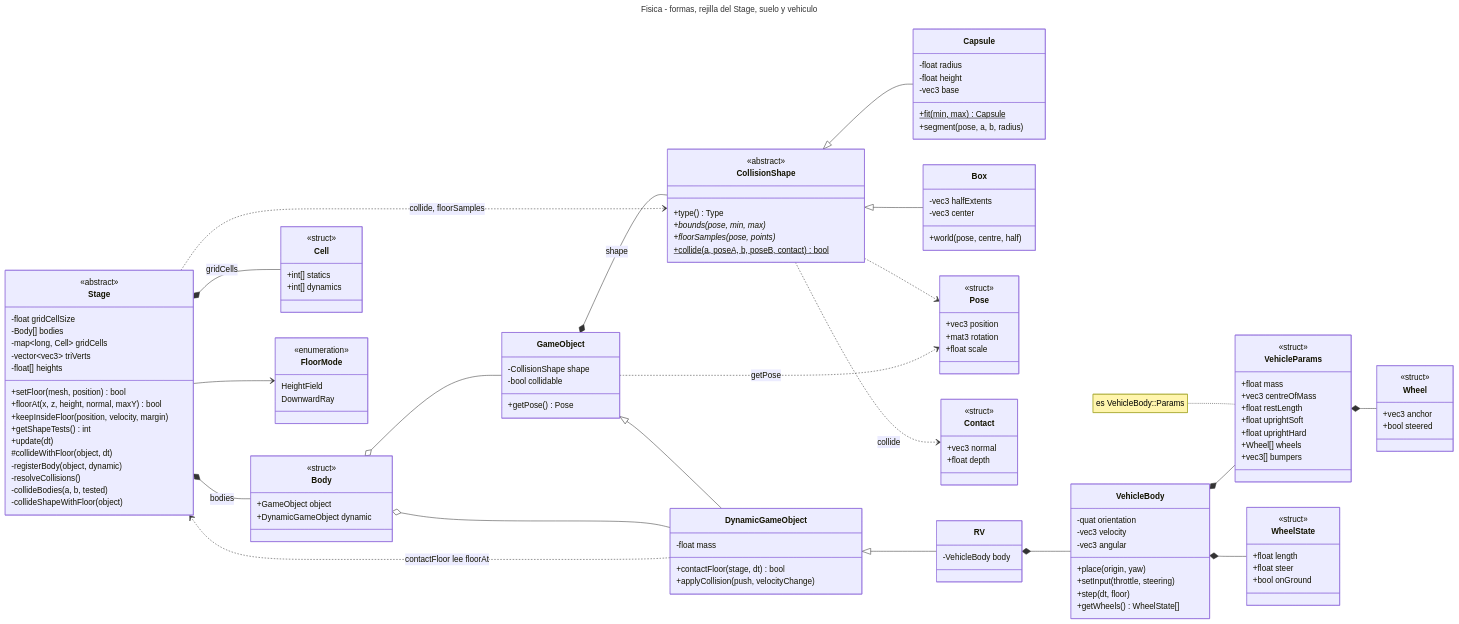
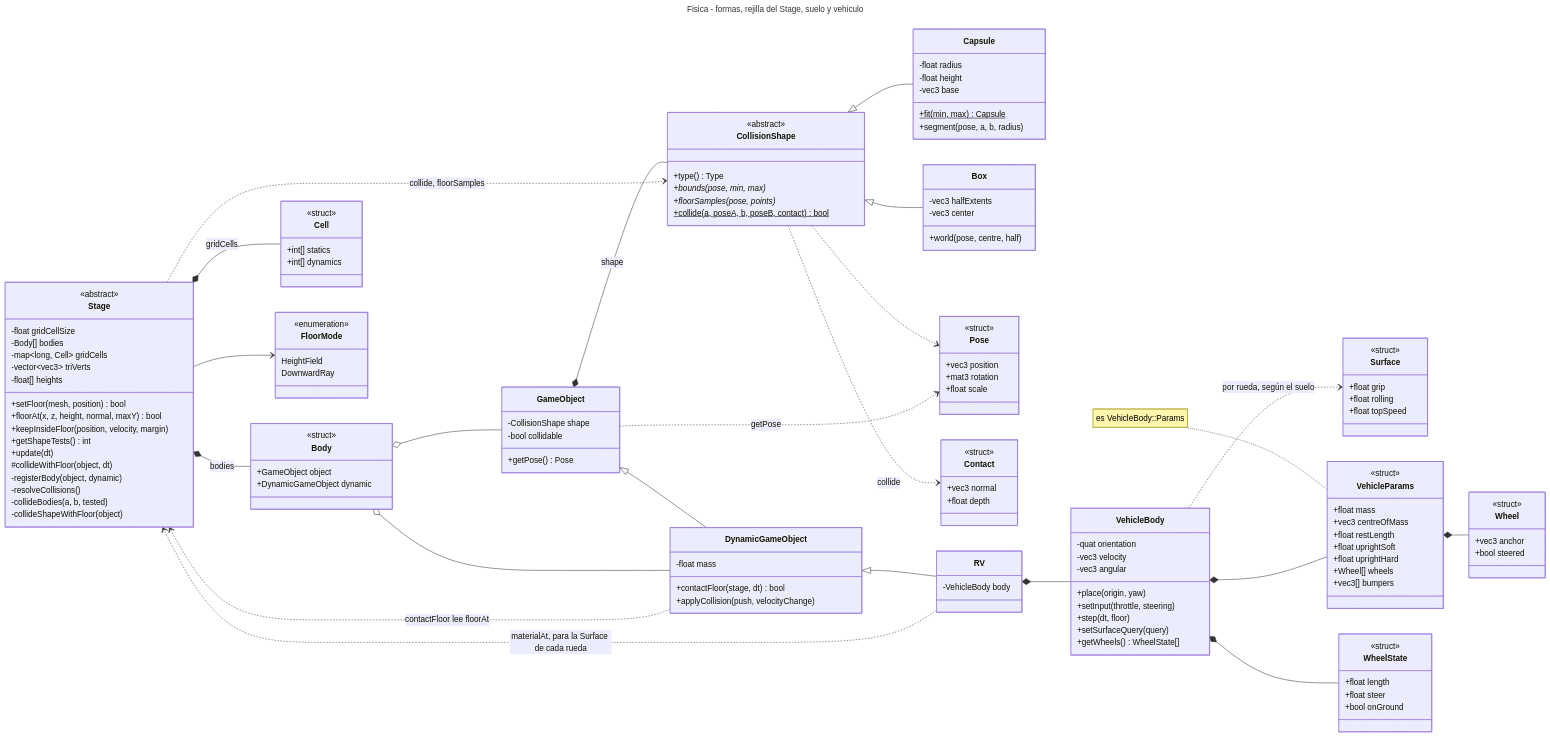
One commit to Joselitus/3Dengine changed the third of 11 diagrams in docs/UML.md. Above: the diagram before and after it, drawn with Mermaid. The commit also changed other lines of this file and 32 other files, not shown here.

```diff
--- a/docs/UML.md
+++ b/docs/UML.md
@@ -451,7 +469,14 @@
         +place(origin, yaw)
         +setInput(throttle, steering)
         +step(dt, floor)
+        +setSurfaceQuery(query)
         +getWheels() WheelState[]
+    }
+    class Surface {
+        <<struct>>
+        +float grip
+        +float rolling
+        +float topSpeed
     }
     class VehicleParams {
         <<struct>>
@@ -489,6 +514,8 @@
     note for VehicleParams "es VehicleBody::Params"
     VehicleParams *-- Wheel
     VehicleBody *-- WheelState
+    VehicleBody ..> Surface : por rueda, según el suelo
+    RV ..> Stage : materialAt, para la Surface de cada rueda
 
     Stage --> FloorMode
     Stage *-- Body : bodies
```
